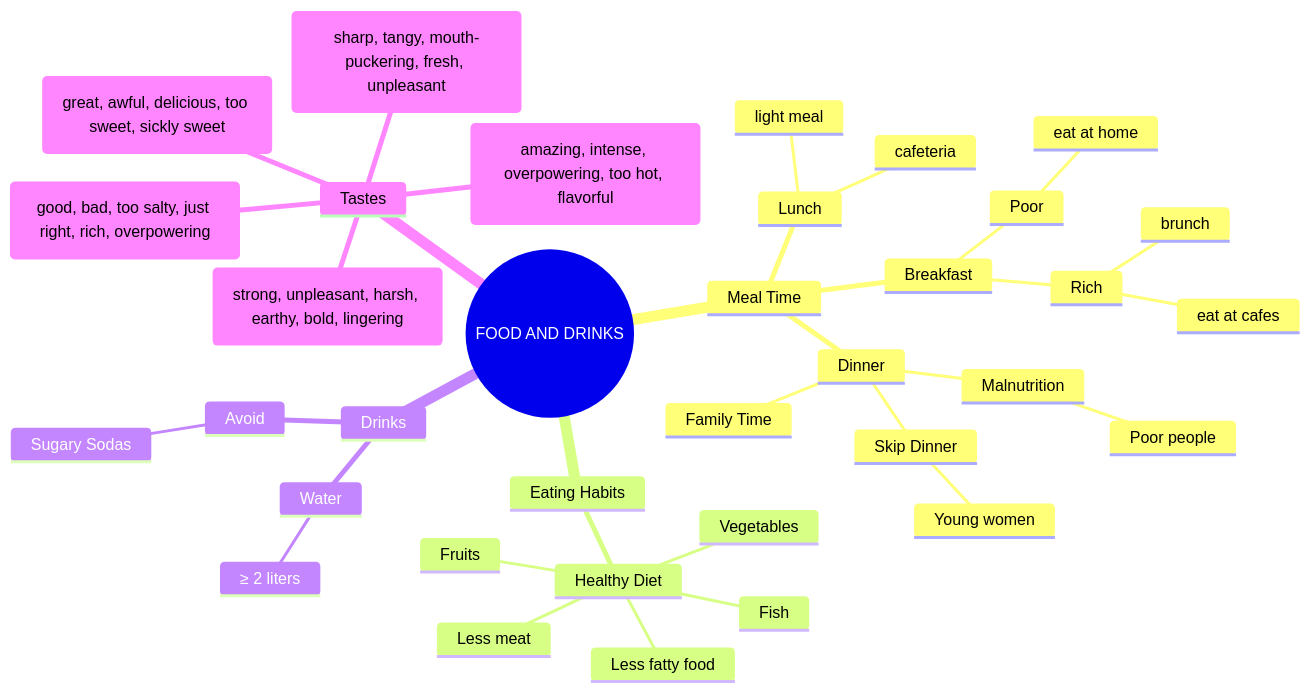
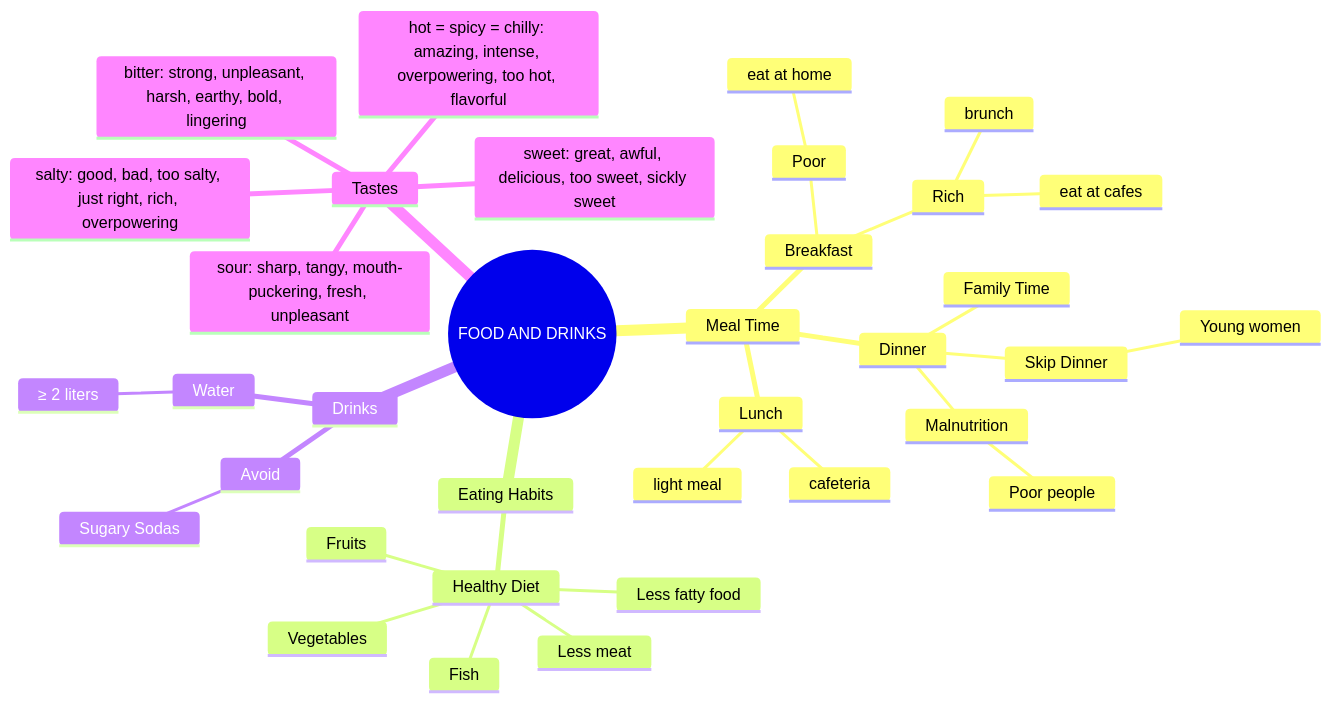
The diagram in Lesson05_FoodDrink/01_subject.md (aerovfx/aerolang), drawn with Mermaid before and after one commit.

Commit message:
them so do tu duy ve vi giac

````diff
--- a/Lesson05_FoodDrink/01_subject.md
+++ b/Lesson05_FoodDrink/01_subject.md
@@ -1,40 +1,40 @@
 ```mermaid
 mindmap
   root((FOOD AND DRINKS))
     Meal Time
       Breakfast
         Poor
           eat at home
         Rich
           eat at cafes
           brunch
       Lunch
         light meal
         cafeteria
       Dinner
         Family Time
         Skip Dinner
           Young women
         Malnutrition
           Poor people
     Eating Habits
       Healthy Diet
         Vegetables
         Fruits
         Fish
         Less meat
         Less fatty food
     Drinks
       Water
         ≥ 2 liters
       Avoid
         Sugary Sodas
     Tastes
-      sweet (great, awful, delicious, too sweet, sickly sweet)
-      hot = spicy = chilly (amazing, intense, overpowering, too hot, flavorful)
-      bitter (strong, unpleasant, harsh, earthy, bold, lingering)
-      sour (sharp, tangy, mouth-puckering, fresh, unpleasant)
-      salty(good, bad, too salty, just right, rich, overpowering)
+      sweet: great, awful, delicious, too sweet, sickly sweet
+      hot = spicy = chilly: amazing, intense, overpowering, too hot, flavorful
+      bitter: strong, unpleasant, harsh, earthy, bold, lingering
+      sour: sharp, tangy, mouth-puckering, fresh, unpleasant
+      salty: good, bad, too salty, just right, rich, overpowering
       
 
 ```
````
